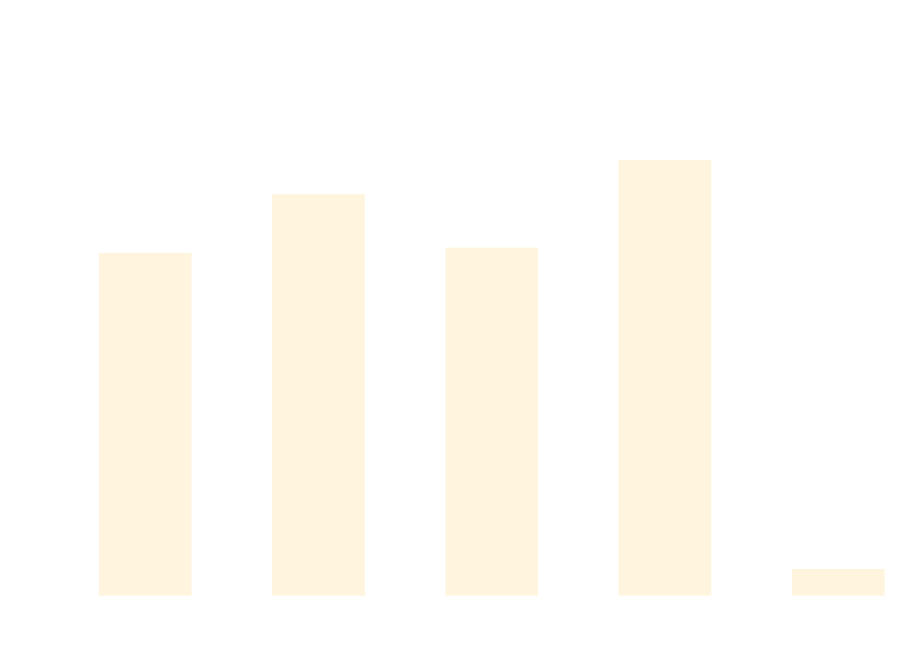
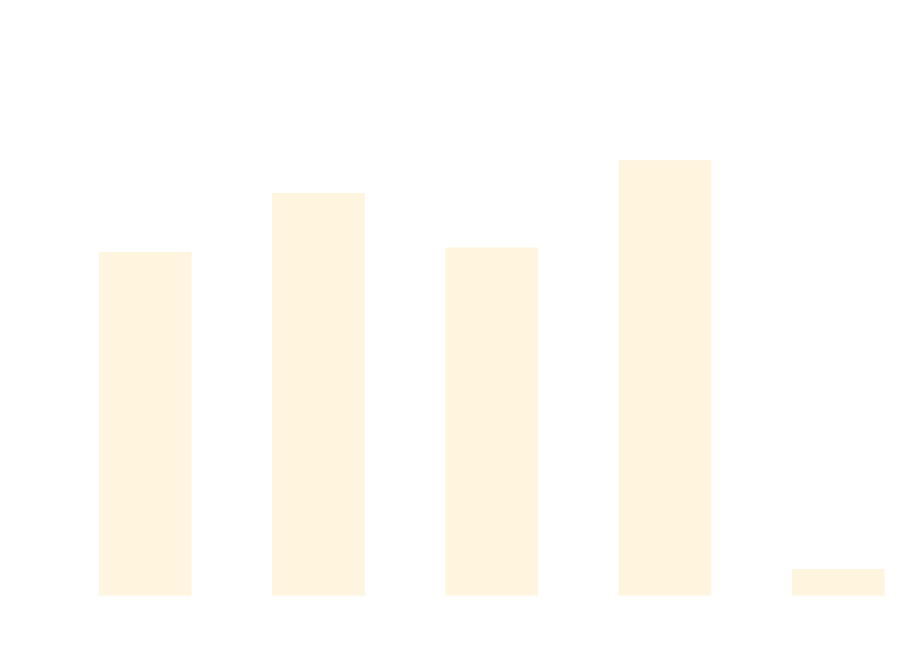
Before and after one commit to thomhurst/TUnit: the diagram in docs/docs/benchmarks/DataDrivenTests.md, drawn with Mermaid. The commit also changed other lines of this file and 17 other files, not shown here.

````diff
--- a/docs/docs/benchmarks/DataDrivenTests.md
+++ b/docs/docs/benchmarks/DataDrivenTests.md
@@ -27,37 +27,37 @@
 ```mermaid
 %%{init: {
   'theme':'base',
   'themeVariables': {
     'primaryColor': '#2563eb',
     'primaryTextColor': '#ffffff',
     'primaryBorderColor': '#1e40af',
     'lineColor': '#6b7280',
     'secondaryColor': '#7c3aed',
     'tertiaryColor': '#dc2626',
     'background': '#ffffff',
     'mainBkg': '#2563eb',
     'secondBkg': '#7c3aed',
     'tertiaryBkg': '#dc2626',
     'clusterBkg': '#f3f4f6',
     'edgeLabelBackground': '#ffffff',
     'tertiaryTextColor': '#1f2937',
     'pie1': '#2563eb',
     'pie2': '#7c3aed',
     'pie3': '#dc2626',
     'pie4': '#f59e0b',
     'pie5': '#10b981',
     'pie6': '#06b6d4',
     'pie7': '#ec4899',
     'pie8': '#6366f1',
     'pie9': '#84cc16',
     'pie10': '#f97316',
     'pie11': '#14b8a6',
     'pie12': '#a855f7'
   }
 }}%%
 xychart-beta
   title "DataDrivenTests Performance Comparison"
   x-axis ["TUnit", "NUnit", "MSTest", "xUnit3", "TUnit_AOT"]
-  y-axis "Time (ms)" 0 --> 709
-  bar [461.54, 543.12, 468.86, 590.39, 23.36]
+  y-axis "Time (ms)" 0 --> 687
+  bar [448.28, 527.57, 454.53, 571.98, 22.28]
 ```
````
